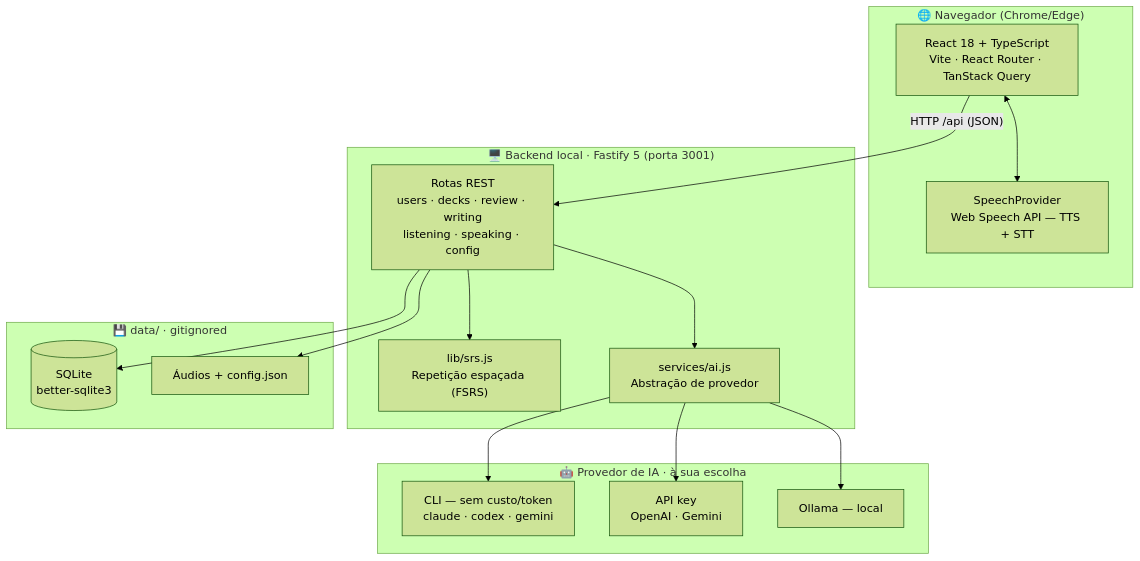
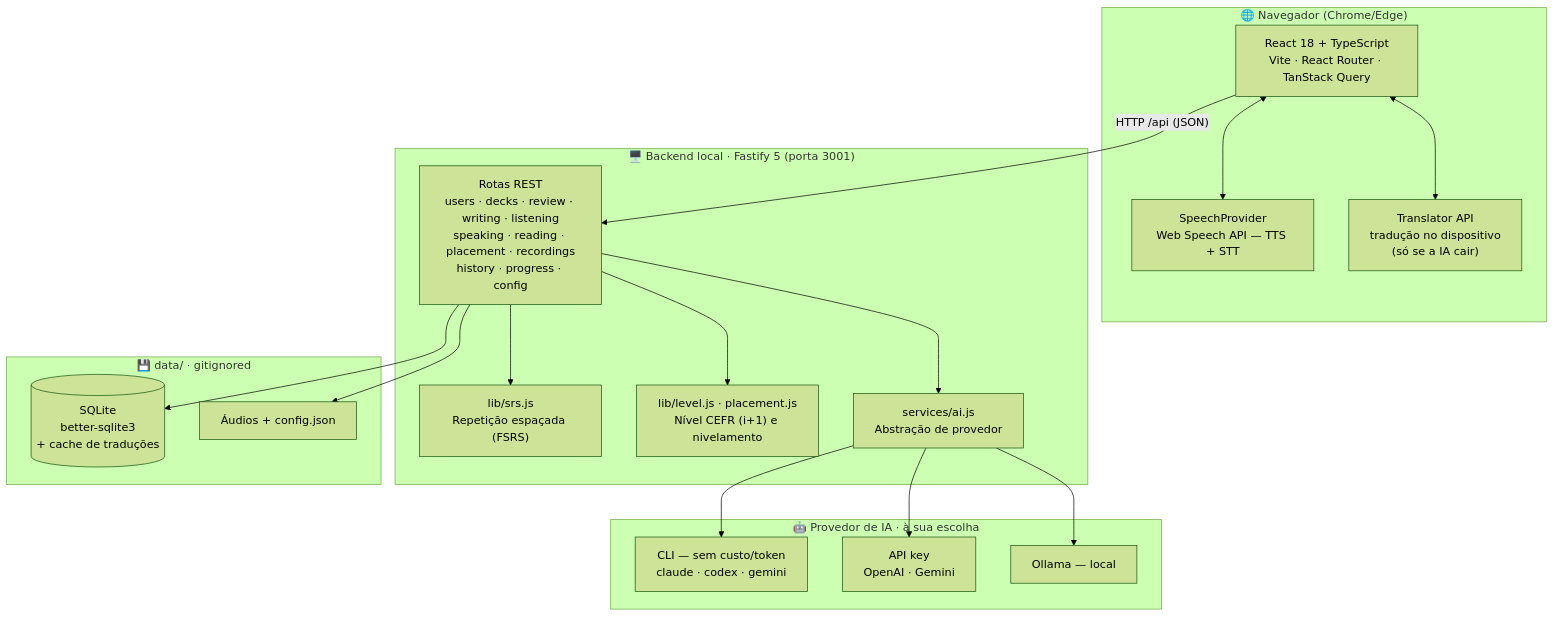
One commit to diegoortega15/mynah changed the diagram in README.md. Above: the diagram before and after it, drawn with Mermaid (forest theme). The commit also changed other lines of this file and 2 other files, not shown here.

````diff
--- a/README.md
+++ b/README.md
@@ -93,34 +93,38 @@
 ```mermaid
 flowchart TD
     subgraph Browser["🌐 Navegador (Chrome/Edge)"]
         UI["React 18 + TypeScript<br/>Vite · React Router · TanStack Query"]
         Speech["SpeechProvider<br/>Web Speech API — TTS + STT"]
+        Tr["Translator API<br/>tradução no dispositivo<br/>(só se a IA cair)"]
         UI <--> Speech
+        UI <--> Tr
     end
 
     subgraph Server["🖥️ Backend local · Fastify 5 (porta 3001)"]
-        Routes["Rotas REST<br/>users · decks · review · writing<br/>listening · speaking · config"]
+        Routes["Rotas REST<br/>users · decks · review · writing · listening<br/>speaking · reading · placement · recordings<br/>history · progress · config"]
         SRS["lib/srs.js<br/>Repetição espaçada (FSRS)"]
+        Level["lib/level.js · placement.js<br/>Nível CEFR (i+1) e nivelamento"]
         AI["services/ai.js<br/>Abstração de provedor"]
         Routes --> SRS
+        Routes --> Level
         Routes --> AI
     end
 
     subgraph DataLayer["💾 data/ · gitignored"]
-        DB[("SQLite<br/>better-sqlite3")]
+        DB[("SQLite<br/>better-sqlite3<br/>+ cache de traduções")]
         Files["Áudios + config.json"]
     end
 
     subgraph Providers["🤖 Provedor de IA · à sua escolha"]
         CLI["CLI — sem custo/token<br/>claude · codex · gemini"]
         APIk["API key<br/>OpenAI · Gemini"]
         Local["Ollama — local"]
     end
 
     UI -- "HTTP /api (JSON)" --> Routes
     Routes --> DB
     Routes --> Files
     AI --> CLI
     AI --> APIk
     AI --> Local
 ```
````
